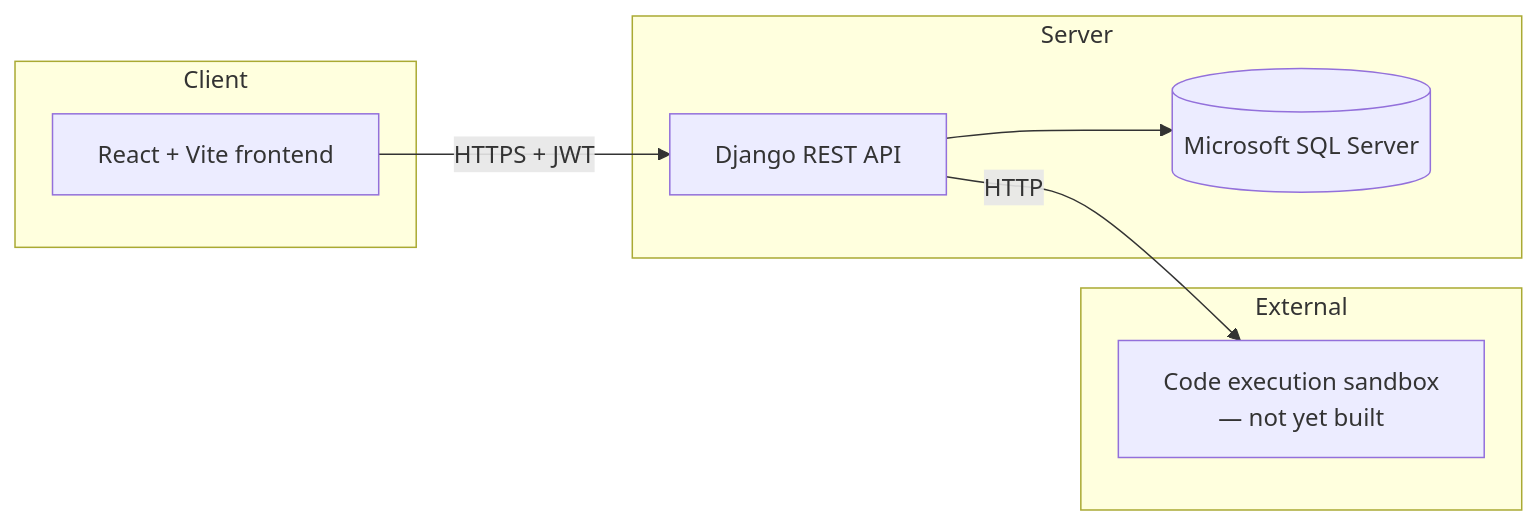
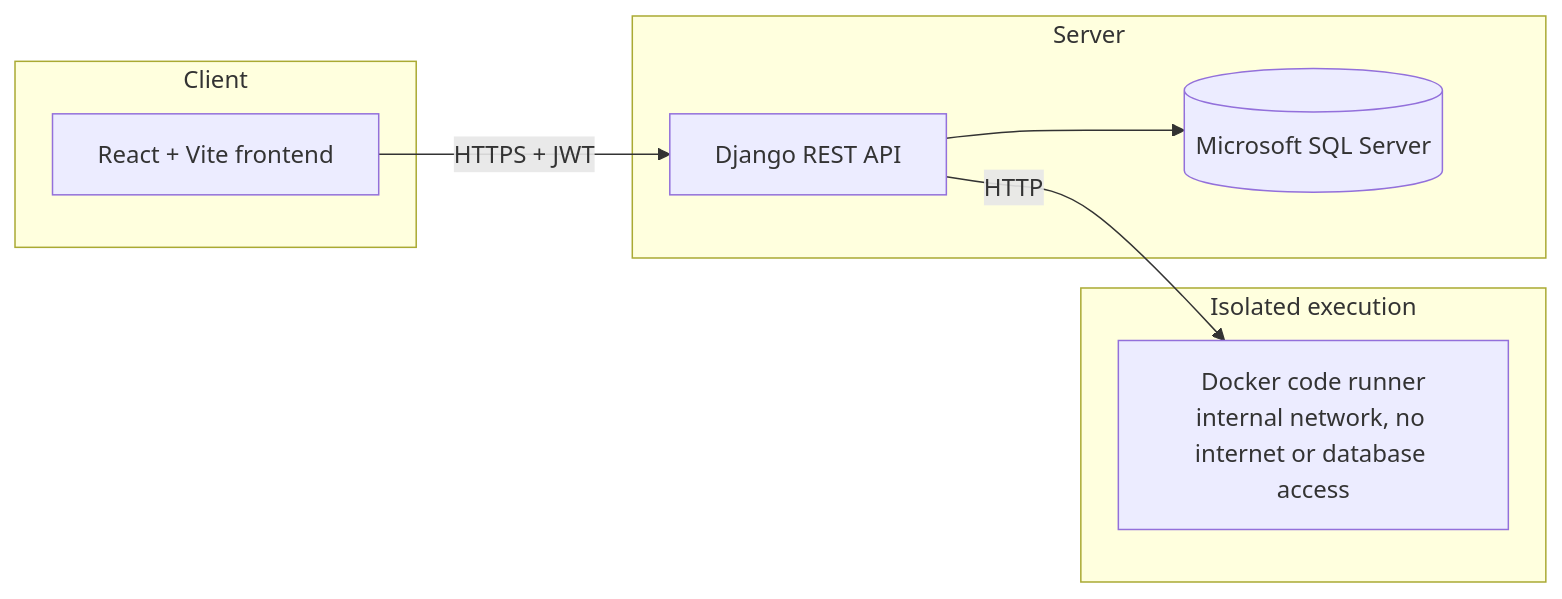
Before and after one commit to catelicioustesh-ai/optimum-elearning-platform: the first of 4 diagrams in docs/ARCHITECTURE.md, drawn with Mermaid. The commit also changed other lines of this file and 72 other files, not shown here.

````diff
--- a/docs/ARCHITECTURE.md
+++ b/docs/ARCHITECTURE.md
@@ -5,19 +5,19 @@
 ```mermaid
 flowchart LR
     subgraph Client
         FE[React + Vite frontend]
     end
 
     subgraph Server
         API[Django REST API]
         DB[(Microsoft SQL Server)]
     end
 
-    subgraph External
-        SANDBOX[Code execution sandbox\n— not yet built]
+    subgraph Isolated execution
+        SANDBOX[Docker code runner\ninternal network, no internet or database access]
     end
 
     FE -->|HTTPS + JWT| API
     API --> DB
     API -->|HTTP| SANDBOX
 ```
````
